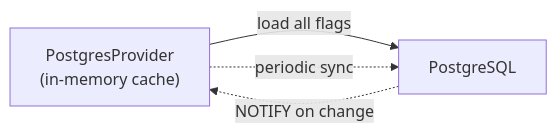
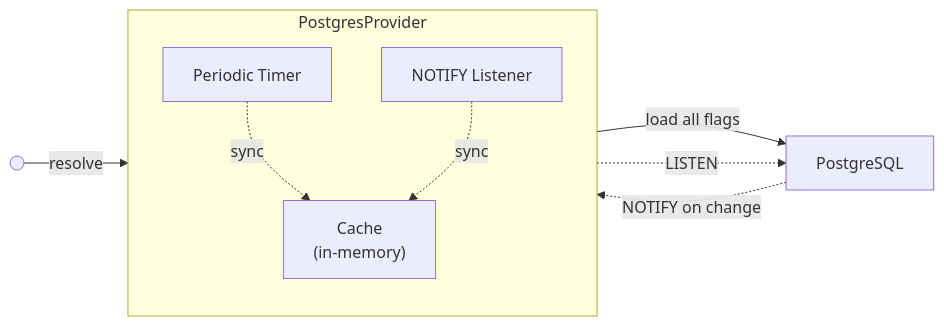
One commit to quad/openfeature-provider-postgres changed the diagram in README.md. Above: the diagram before and after it, drawn with Mermaid.

Commit message:
Revise mermaid diagram for PostgresProvider

````diff
--- a/README.md
+++ b/README.md
@@ -21,9 +21,19 @@
 ```mermaid
 graph LR
-    Provider["PostgresProvider\n(in-memory cache)"]
+    Start@{ shape: sm-circ }
+    Start -- "resolve" --> Provider
+
+    subgraph Provider["PostgresProvider"]
+        direction TB
+        Listener["NOTIFY Listener"]
+        Timer["Periodic Timer"]
+        Cache["Cache\n(in-memory)"]
+    end
     PG["PostgreSQL"]
 
-    Provider -- "load all flags" --> PG
-    PG -. "NOTIFY on change" .-> Provider
-    Provider -. "periodic sync" .-> PG
+    Cache -- "load all flags" --> PG
+    Timer -. "sync" .-> Cache
+    Listener -. "LISTEN" .-> PG
+        -. "NOTIFY on change" .-> Listener
+        -. "sync" .-> Cache
 ```
````
